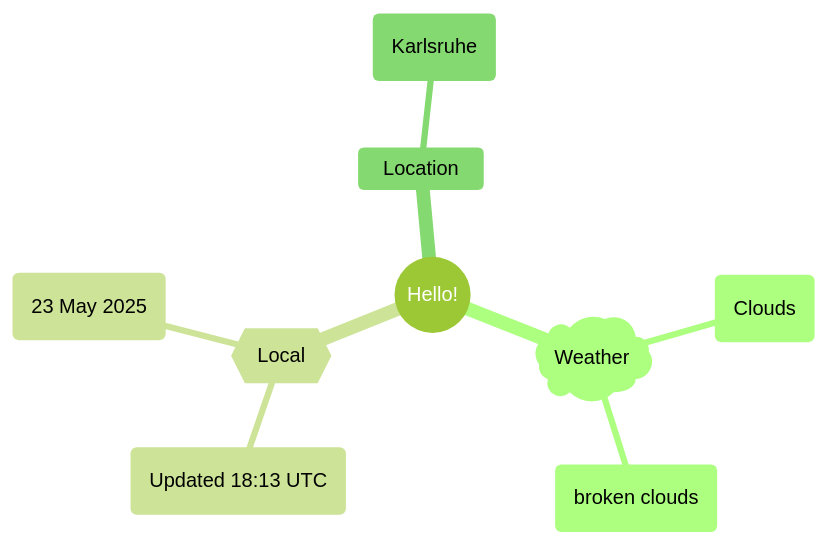
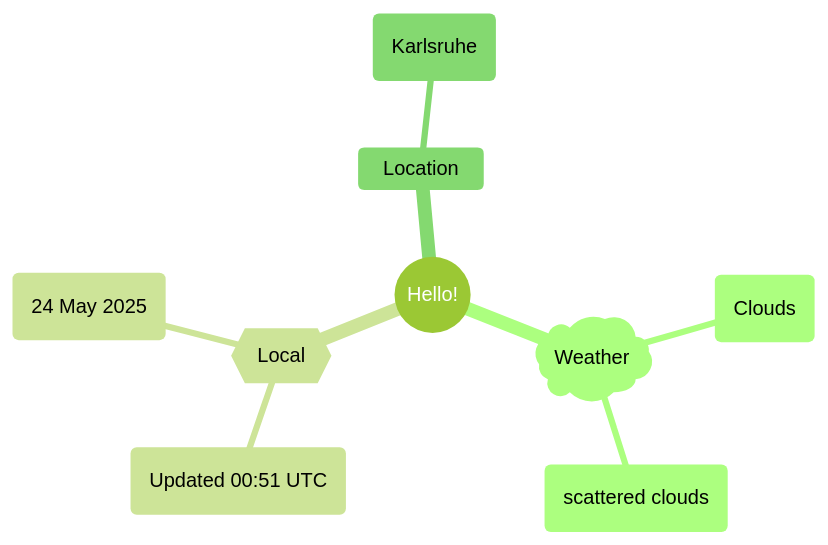
One commit to Xosrov/Xosrov changed the first of 2 diagrams in README.md. Above: the diagram before and after it, drawn with Mermaid (forest theme).

Commit message:
[bot] updated images

````diff
--- a/README.md
+++ b/README.md
@@ -3,12 +3,12 @@
 ```mermaid
 mindmap
   root((Hello!))
     )Weather(
         (Clouds)
-        (broken clouds)
+        (scattered clouds)
     {{Local}}
-        (Updated 18:13 UTC)
-        (23 May 2025)
+        (Updated 00:51 UTC)
+        (24 May 2025)
     Location
         (Karlsruhe)
 ```
````
